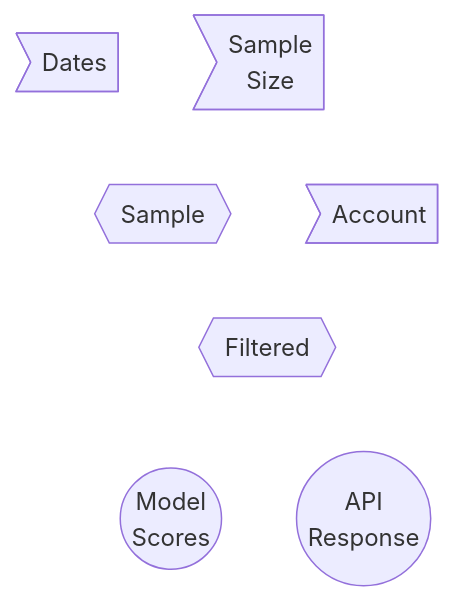
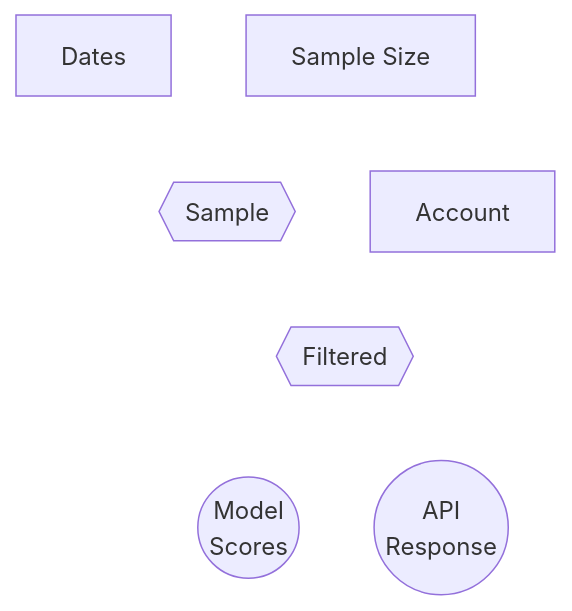
One commit to gshotwell/shiny-algorithm changed the first of 16 diagrams in _reactive-calc.qmd. Above: the diagram before and after it, drawn with Mermaid. The commit also changed other lines of this file, not shown here.

````diff
--- a/_reactive-calc.qmd
+++ b/_reactive-calc.qmd
@@ -2,13 +2,13 @@
 ```{mermaid}
 %%| fig-width: 4
 flowchart TD
-  D>Dates] --> Sa{{Sample}}
-  S>Sample\nSize] --> Sa
+  D[Dates] --> Sa{{Sample}}
+  S[Sample Size] --> Sa
   Sa --> F{{Filtered}}
-  A>Account] --> F
+  A[Account] --> F
   F --> P2((Model\nScores))
   F --> P1((API\nResponse))
   
   classDef changed fill:#f96
   linkStyle 0,1,2,3,4,5 display:none
 ```
````
